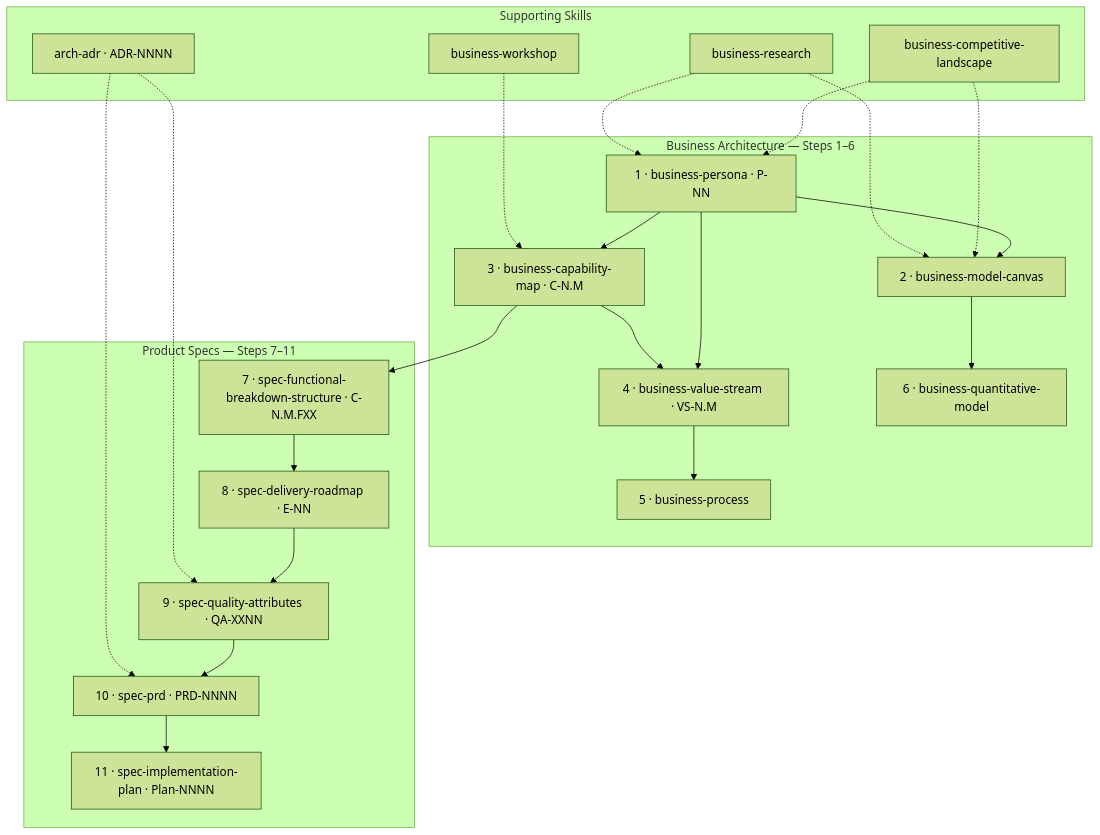
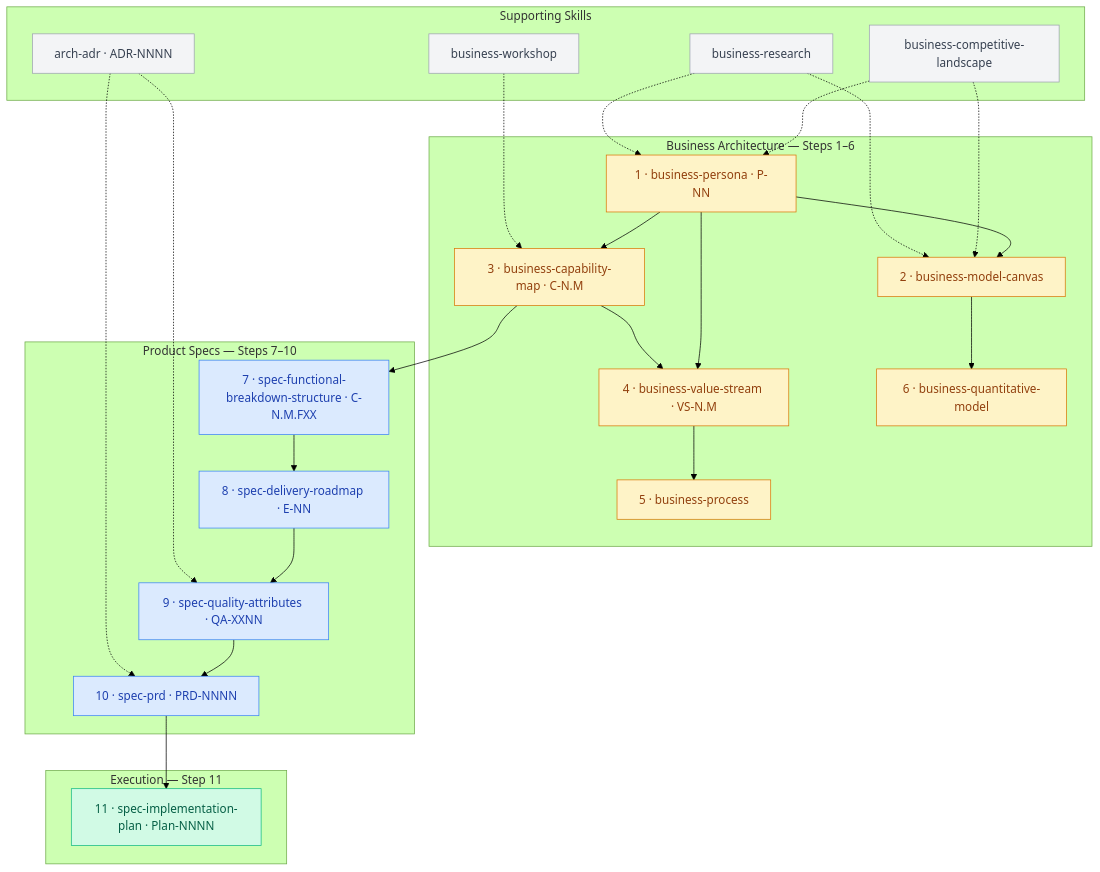
Before and after one commit to VictorHueni/homemade-claude-kit: the first of 2 diagrams in README.md, drawn with Mermaid (forest theme).

Commit message:
docs(README): add color coding to artefact system flowchart
Three semantic categories matching the output folder structure:
- Amber  (#FEF3C7) — Business Architecture (Steps 1–6, docs/business/)
- Blue   (#DBEAFE) — Product Specs (Steps 7–10, docs/product-specs/)
- Green  (#D1FAE5) — Execution (Step 11, docs/exec-plans/)
- Grey   (#F3F4F6) — Supporting skills (no output folder)

Also split the Product Specs subgraph from the Execution subgraph
to reflect the three-layer folder structure visually.

````diff
--- a/README.md
+++ b/README.md
@@ -15,45 +15,53 @@
 ```mermaid
 flowchart TD
+    classDef business fill:#FEF3C7,stroke:#D97706,color:#92400E
+    classDef specs    fill:#DBEAFE,stroke:#3B82F6,color:#1E40AF
+    classDef delivery fill:#D1FAE5,stroke:#10B981,color:#065F46
+    classDef support  fill:#F3F4F6,stroke:#9CA3AF,color:#374151
+
     subgraph BA["Business Architecture — Steps 1–6"]
-        S1["1 · business-persona · P-NN"]
-        S2["2 · business-model-canvas"]
-        S3["3 · business-capability-map · C-N.M"]
-        S4["4 · business-value-stream · VS-N.M"]
-        S5["5 · business-process"]
-        S6["6 · business-quantitative-model"]
+        S1["1 · business-persona · P-NN"]:::business
+        S2["2 · business-model-canvas"]:::business
+        S3["3 · business-capability-map · C-N.M"]:::business
+        S4["4 · business-value-stream · VS-N.M"]:::business
+        S5["5 · business-process"]:::business
+        S6["6 · business-quantitative-model"]:::business
     end
 
-    subgraph PS["Product Specs — Steps 7–11"]
-        S7["7 · spec-functional-breakdown-structure · C-N.M.FXX"]
-        S8["8 · spec-delivery-roadmap · E-NN"]
-        S9["9 · spec-quality-attributes · QA-XXNN"]
-        S10["10 · spec-prd · PRD-NNNN"]
-        S11["11 · spec-implementation-plan · Plan-NNNN"]
+    subgraph PS["Product Specs — Steps 7–10"]
+        S7["7 · spec-functional-breakdown-structure · C-N.M.FXX"]:::specs
+        S8["8 · spec-delivery-roadmap · E-NN"]:::specs
+        S9["9 · spec-quality-attributes · QA-XXNN"]:::specs
+        S10["10 · spec-prd · PRD-NNNN"]:::specs
+    end
+
+    subgraph EX["Execution — Step 11"]
+        S11["11 · spec-implementation-plan · Plan-NNNN"]:::delivery
     end
 
     subgraph SUP["Supporting Skills"]
-        ADR["arch-adr · ADR-NNNN"]
-        CL["business-competitive-landscape"]
-        RES["business-research"]
-        WS["business-workshop"]
+        ADR["arch-adr · ADR-NNNN"]:::support
+        CL["business-competitive-landscape"]:::support
+        RES["business-research"]:::support
+        WS["business-workshop"]:::support
     end
 
     S1 --> S2
     S1 --> S3
     S1 --> S4
     S3 --> S4
     S4 --> S5
     S2 --> S6
     S3 --> S7
     S7 --> S8
     S8 --> S9
     S9 --> S10
     S10 --> S11
     ADR -.-> S9
     ADR -.-> S10
     CL -.-> S1
     CL -.-> S2
     RES -.-> S1
     RES -.-> S2
     WS -.-> S3
 ```
````
